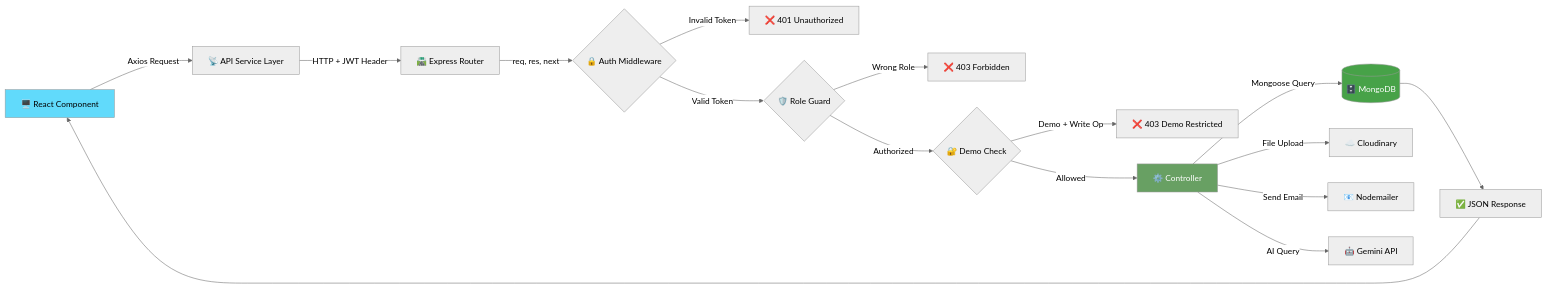
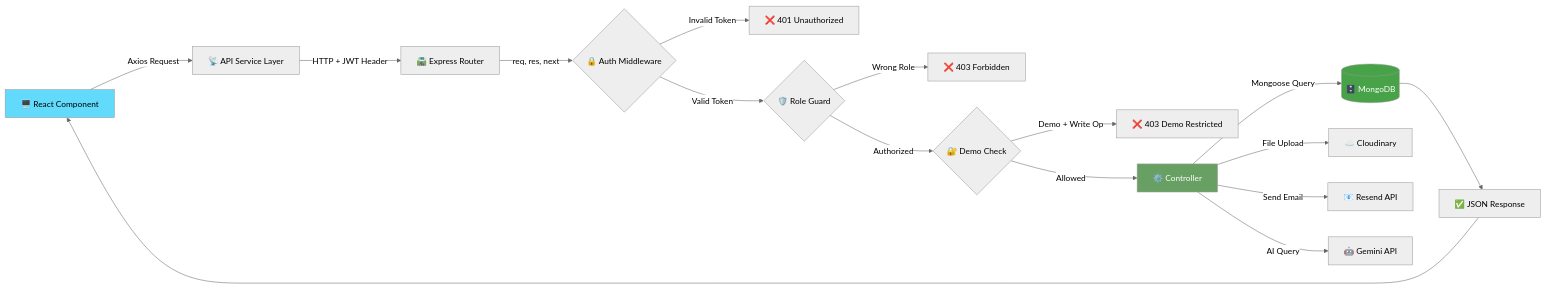
Before and after one commit to Gagan202005/Hospital_Management_System: the seventh of 7 diagrams in README.md, drawn with Mermaid (neutral theme). The commit also changed other lines of this file, not shown here.

Commit message:
Update README: switch email docs from Nodemailer/Gmail to Resend API with custom domain

````diff
--- a/README.md
+++ b/README.md
@@ -422,22 +422,22 @@
 ```mermaid
 flowchart LR
     A["🖥️ React Component"] -->|"Axios Request"| B["📡 API Service Layer"]
     B -->|"HTTP + JWT Header"| C["🛣️ Express Router"]
     C -->|"req, res, next"| D{"🔒 Auth Middleware"}
     D -->|"Invalid Token"| E["❌ 401 Unauthorized"]
     D -->|"Valid Token"| F{"🛡️ Role Guard"}
     F -->|"Wrong Role"| G["❌ 403 Forbidden"]
     F -->|"Authorized"| H{"🔐 Demo Check"}
     H -->|"Demo + Write Op"| I["❌ 403 Demo Restricted"]
     H -->|"Allowed"| J["⚙️ Controller"]
     J -->|"Mongoose Query"| K[("🗄️ MongoDB")]
     J -->|"File Upload"| L["☁️ Cloudinary"]
-    J -->|"Send Email"| M["📧 Nodemailer"]
+    J -->|"Send Email"| M["📧 Resend API"]
     J -->|"AI Query"| N["🤖 Gemini API"]
     K --> O["✅ JSON Response"]
     O --> A
 
     style A fill:#61DAFB,color:#000
     style J fill:#68A063,color:#fff
     style K fill:#47A248,color:#fff
 ```
````
